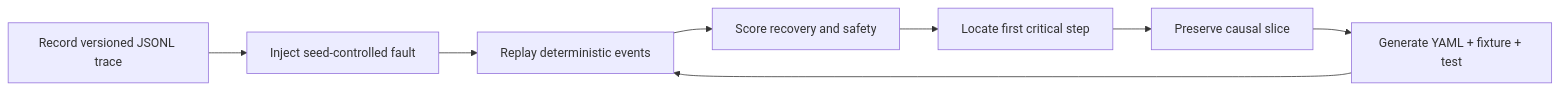
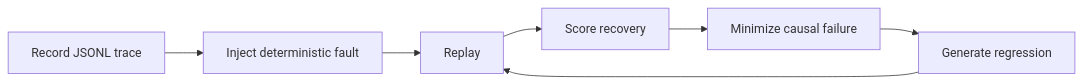
The diagram in README.md (aliengineering-byte/resilireplay), drawn with Mermaid before and after one commit. The commit also changed other lines of this file and 14 other files, not shown here.

````diff
--- a/README.md
+++ b/README.md
@@ -34,10 +90,9 @@
 ```mermaid
 flowchart LR
-    A["Record versioned JSONL trace"] --> B["Inject seed-controlled fault"]
-    B --> C["Replay deterministic events"]
-    C --> D["Score recovery and safety"]
-    D --> E["Locate first critical step"]
-    E --> F["Preserve causal slice"]
-    F --> G["Generate YAML + fixture + test"]
-    G --> C
+    A["Record JSONL trace"] --> B["Inject deterministic fault"]
+    B --> C["Replay"]
+    C --> D["Score recovery"]
+    D --> E["Minimize causal failure"]
+    E --> F["Generate regression"]
+    F --> C
 ```
````
